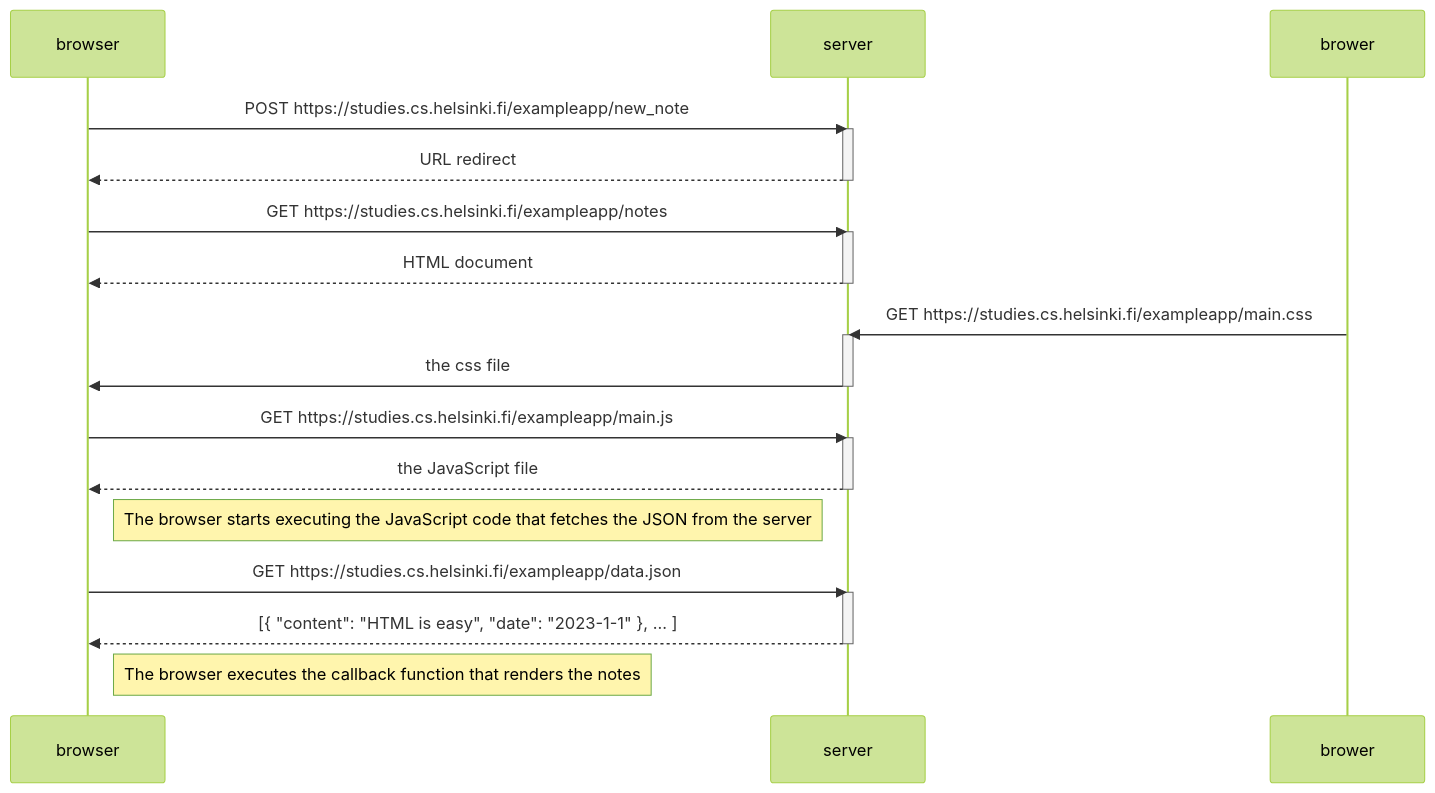
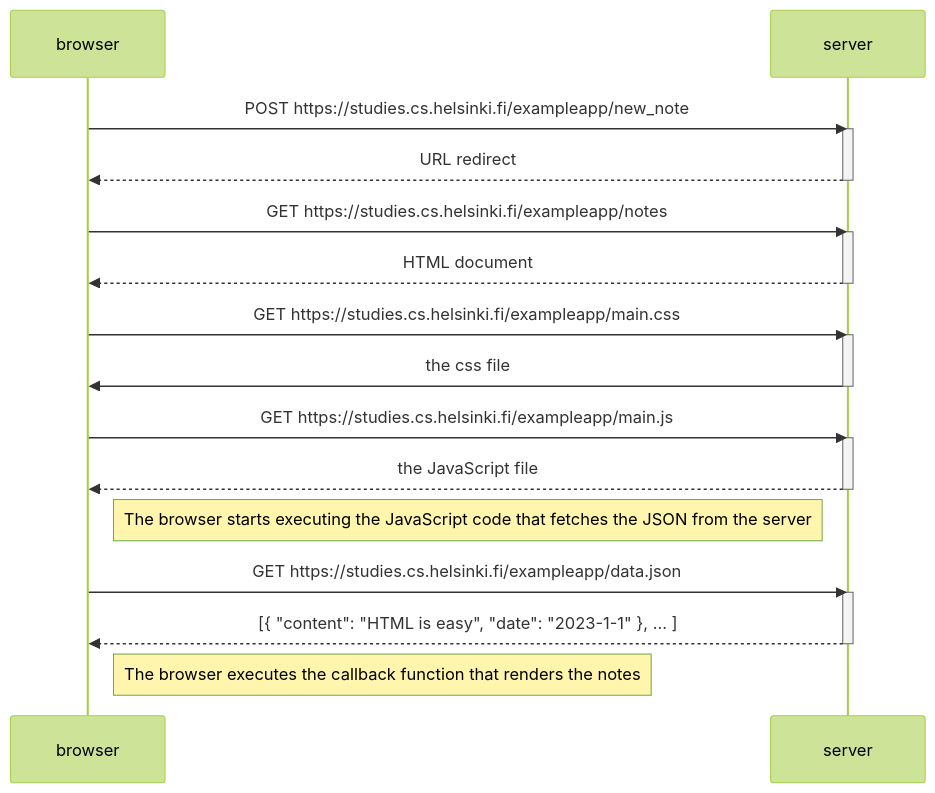
Before and after one commit to jacksong96/fullstackopen_part0: the diagram in task5.md, drawn with Mermaid (forest theme).

Commit message:
Update Part 0 Task 4
Made code edits to correct misspelling of browser

````diff
--- a/task5.md
+++ b/task5.md
@@ -1,34 +1,34 @@
 ```mermaid
 sequenceDiagram
   participant browser
   participant server
 
   browser->>server: POST https://studies.cs.helsinki.fi/exampleapp/new_note
     activate server
     server-->>browser: URL redirect
     deactivate server
 
     browser->>server: GET https://studies.cs.helsinki.fi/exampleapp/notes
     activate server
     server-->>browser: HTML document
     deactivate server
 
-    brower->>server: GET https://studies.cs.helsinki.fi/exampleapp/main.css
+    browser->>server: GET https://studies.cs.helsinki.fi/exampleapp/main.css
     activate server
     server->>browser: the css file
     deactivate server
 
     browser->>server: GET https://studies.cs.helsinki.fi/exampleapp/main.js
     activate server
     server-->>browser: the JavaScript file
     deactivate server
 
     Note right of browser: The browser starts executing the JavaScript code that fetches the JSON from the server
 
     browser->>server: GET https://studies.cs.helsinki.fi/exampleapp/data.json
     activate server
     server-->>browser: [{ "content": "HTML is easy", "date": "2023-1-1" }, ... ]
     deactivate server
 
     Note right of browser: The browser executes the callback function that renders the notes
 ```
````
